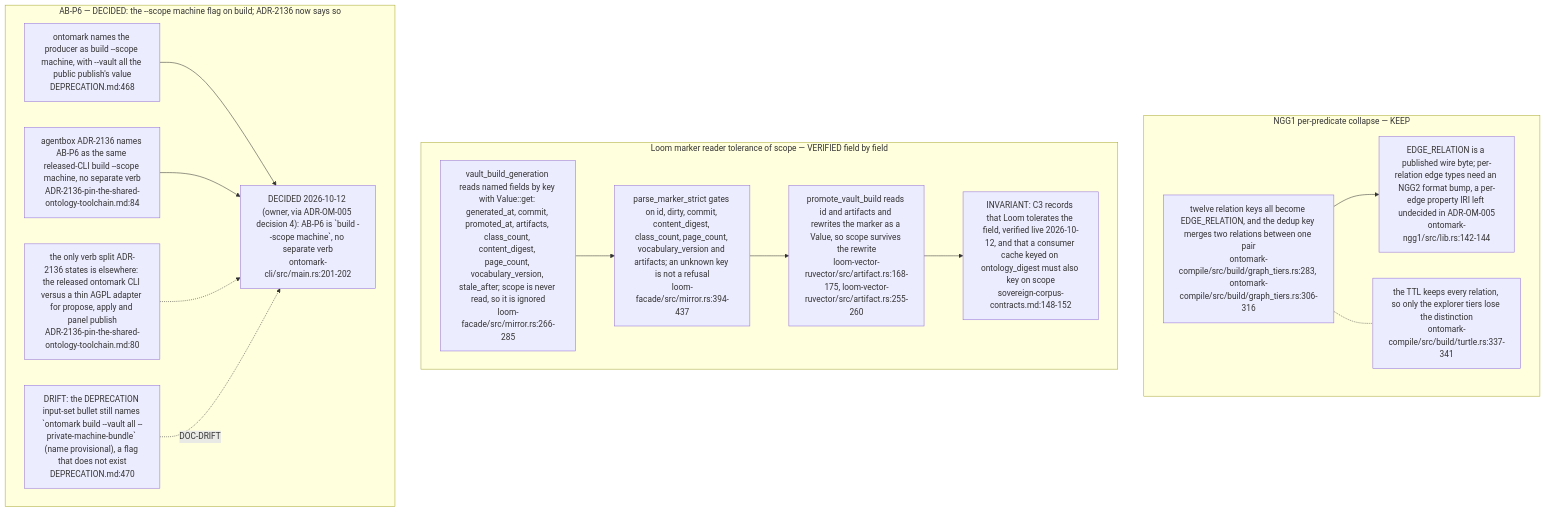
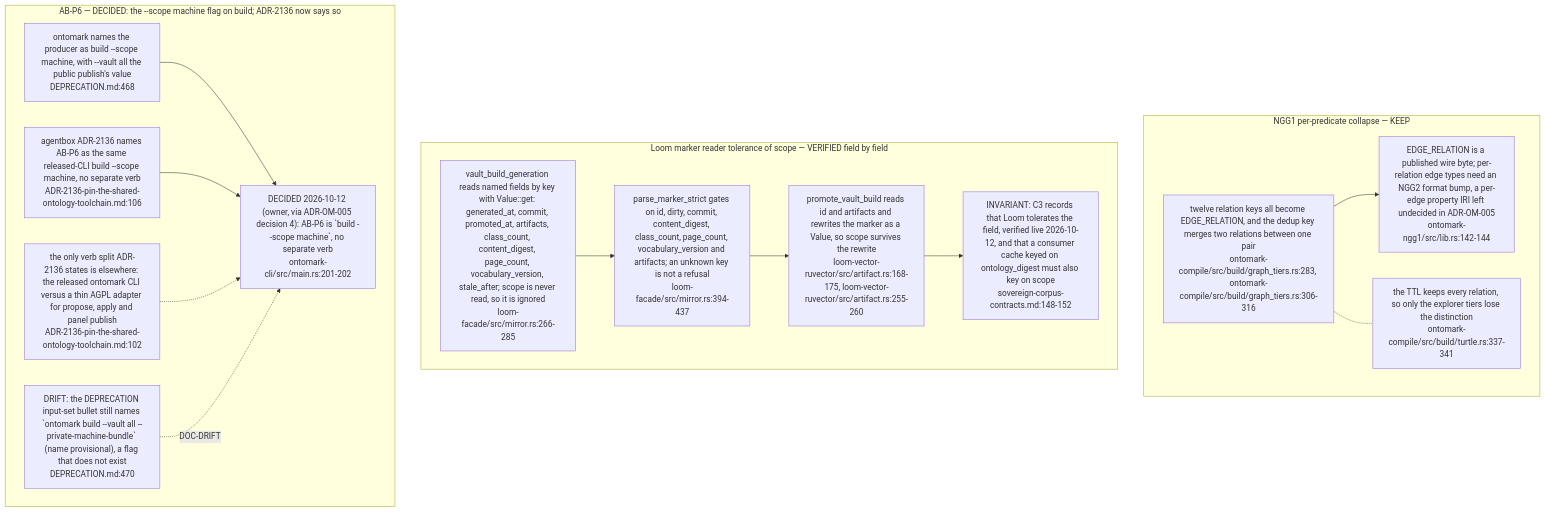
One commit to DreamLab-AI/VisionFlow changed the fifth of 5 diagrams in docs/diagrams/ontomark/06-machine-scope-and-ingest-contract.md. Above: the diagram before and after it, drawn with Mermaid. The commit also changed other lines of this file and 154 other files, not shown here.

First line of the commit message:
docs(diagrams): re-stamp 154 topics whose every citation still reads the same text at the current heads

````diff
--- a/docs/diagrams/ontomark/06-machine-scope-and-ingest-contract.md
+++ b/docs/diagrams/ontomark/06-machine-scope-and-ingest-contract.md
@@ -166,28 +166,28 @@
 ```mermaid
 flowchart TB
     subgraph NGG["NGG1 per-predicate collapse — KEEP"]
         N1["twelve relation keys all become EDGE_RELATION, and the dedup key merges two relations between one pair<br/>ontomark-compile/src/build/graph_tiers.rs:283, ontomark-compile/src/build/graph_tiers.rs:306-316"]
         N2["EDGE_RELATION is a published wire byte; per-relation edge types need an NGG2 format bump, a per-edge property IRI left undecided in ADR-OM-005<br/>ontomark-ngg1/src/lib.rs:142-144"]
         N3["the TTL keeps every relation, so only the explorer tiers lose the distinction<br/>ontomark-compile/src/build/turtle.rs:337-341"]
         N1 --> N2
         N1 -.- N3
     end
     subgraph LOOMR["Loom marker reader tolerance of scope — VERIFIED field by field"]
         L1["vault_build_generation reads named fields by key with Value::get: generated_at, commit, promoted_at, artifacts, class_count, content_digest, page_count, vocabulary_version, stale_after; scope is never read, so it is ignored<br/>loom-facade/src/mirror.rs:266-285"]
         L2["parse_marker_strict gates on id, dirty, commit, content_digest, class_count, page_count, vocabulary_version and artifacts; an unknown key is not a refusal<br/>loom-facade/src/mirror.rs:394-437"]
         L3["promote_vault_build reads id and artifacts and rewrites the marker as a Value, so scope survives the rewrite<br/>loom-vector-ruvector/src/artifact.rs:168-175, loom-vector-ruvector/src/artifact.rs:255-260"]
         L4["INVARIANT: C3 records that Loom tolerates the field, verified live 2026-10-12, and that a consumer cache keyed on ontology_digest must also key on scope<br/>sovereign-corpus-contracts.md:148-152"]
         L1 --> L2 --> L3 --> L4
     end
     subgraph ABP6["AB-P6 — DECIDED: the --scope machine flag on build; ADR-2136 now says so"]
         A1["ontomark names the producer as build --scope machine, with --vault all the public publish's value<br/>DEPRECATION.md:468"]
-        A2["agentbox ADR-2136 names AB-P6 as the same released-CLI build --scope machine, no separate verb<br/>ADR-2136-pin-the-shared-ontology-toolchain.md:84"]
-        A3["the only verb split ADR-2136 states is elsewhere: the released ontomark CLI versus a thin AGPL adapter for propose, apply and panel publish<br/>ADR-2136-pin-the-shared-ontology-toolchain.md:80"]
+        A2["agentbox ADR-2136 names AB-P6 as the same released-CLI build --scope machine, no separate verb<br/>ADR-2136-pin-the-shared-ontology-toolchain.md:106"]
+        A3["the only verb split ADR-2136 states is elsewhere: the released ontomark CLI versus a thin AGPL adapter for propose, apply and panel publish<br/>ADR-2136-pin-the-shared-ontology-toolchain.md:102"]
         A4["DECIDED 2026-10-12 (owner, via ADR-OM-005 decision 4): AB-P6 is `build --scope machine`, no separate verb<br/>ontomark-cli/src/main.rs:201-202"]
         A5["DRIFT: the DEPRECATION input-set bullet still names `ontomark build --vault all --private-machine-bundle` (name provisional), a flag that does not exist<br/>DEPRECATION.md:470"]
         A1 --> A4
         A2 --> A4
         A3 -.-> A4
         A5 -.->|DOC-DRIFT| A4
     end
 ```
````
